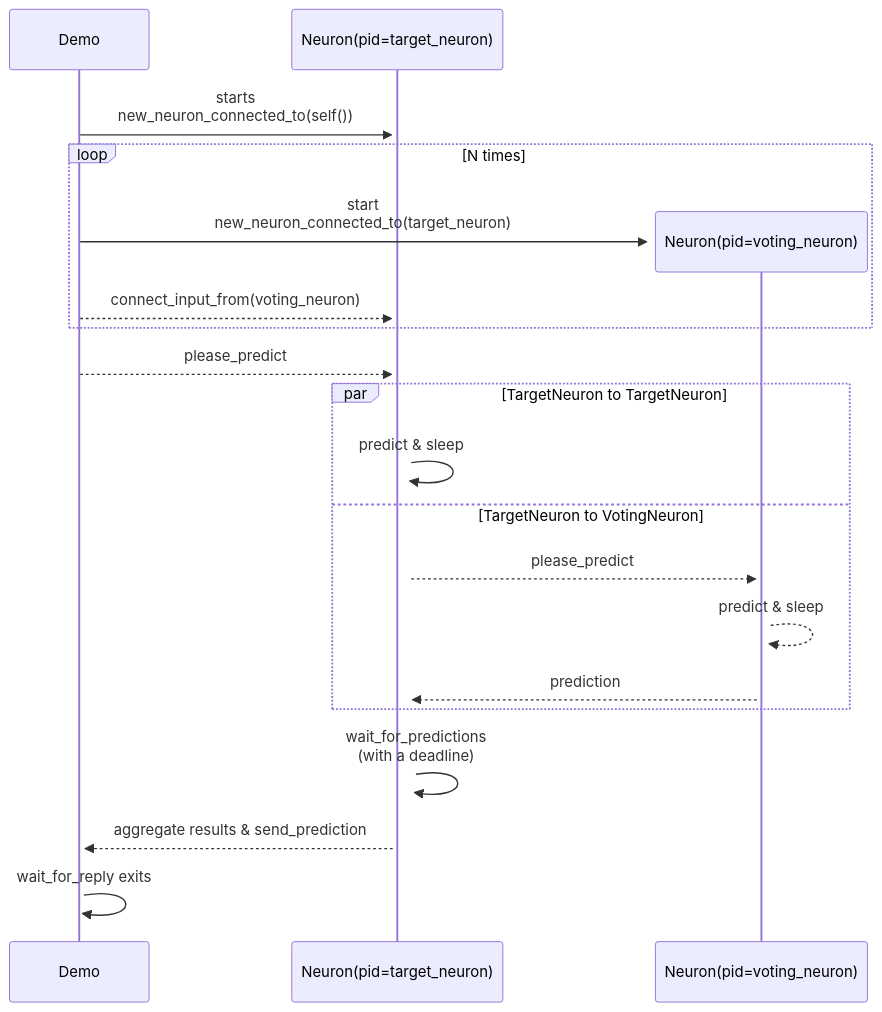
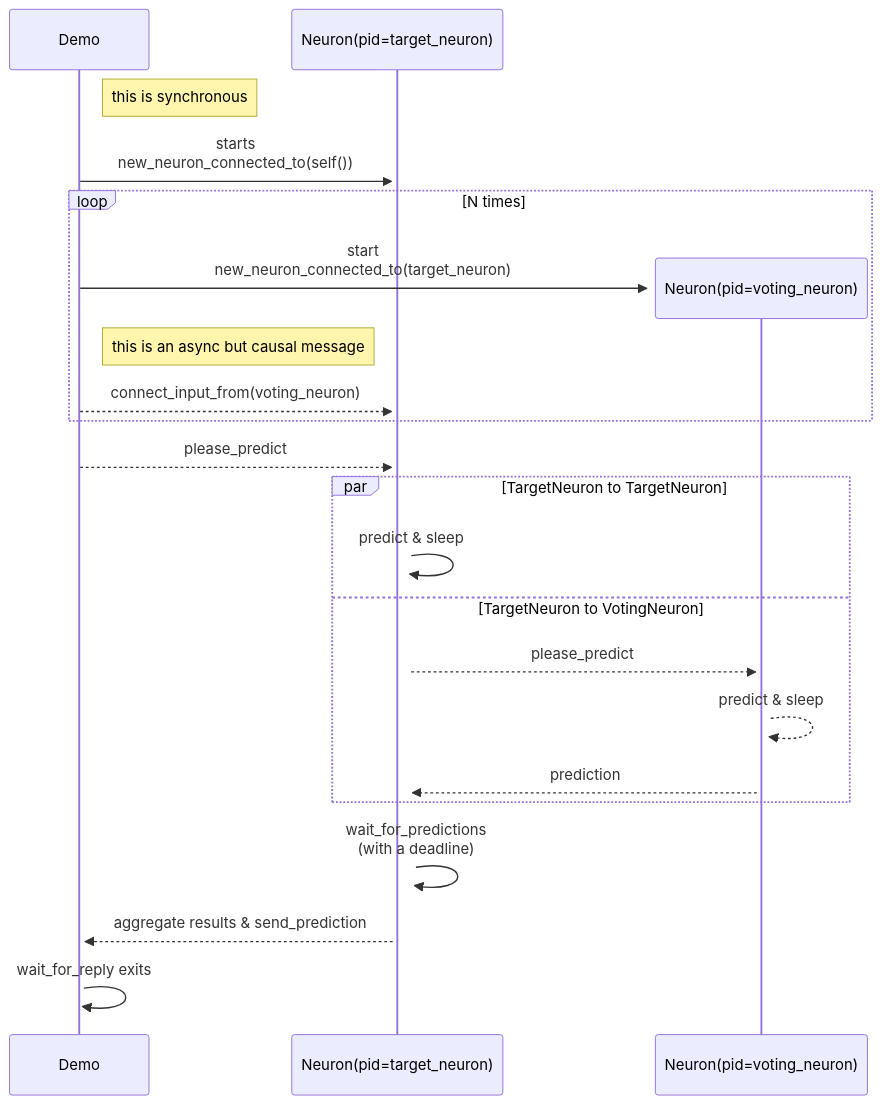
Before and after one commit to d-led/elixir_ne: the diagram in README.md, drawn with Mermaid.

Commit message:
arrow comments

````diff
--- a/README.md
+++ b/README.md
@@ -5,23 +5,25 @@
 ```mermaid
 sequenceDiagram
     %% create participant TargetNeuron
     participant Demo
     participant TargetNeuron as Neuron(pid=target_neuron)
+    Note right of Demo: this is synchronous
     Demo->>+TargetNeuron: starts <br> new_neuron_connected_to(self())
     loop N times
         create participant VotingNeuron as Neuron(pid=voting_neuron)
         Demo->>+VotingNeuron: start <br> new_neuron_connected_to(target_neuron)
+        Note right of Demo: this is an async but causal message
         Demo-->>+TargetNeuron: connect_input_from(voting_neuron)
     end
     Demo-->>+TargetNeuron: please_predict
     par TargetNeuron to TargetNeuron
         TargetNeuron->>TargetNeuron: predict & sleep
     and TargetNeuron to VotingNeuron
         TargetNeuron-->>+VotingNeuron: please_predict
         VotingNeuron-->>+VotingNeuron: predict & sleep
         VotingNeuron-->>+TargetNeuron: prediction
     end
     TargetNeuron->>+TargetNeuron: wait_for_predictions <br> (with a deadline)
     TargetNeuron-->>+Demo: aggregate results & send_prediction
     Demo->>+Demo: wait_for_reply exits
 ```
````
